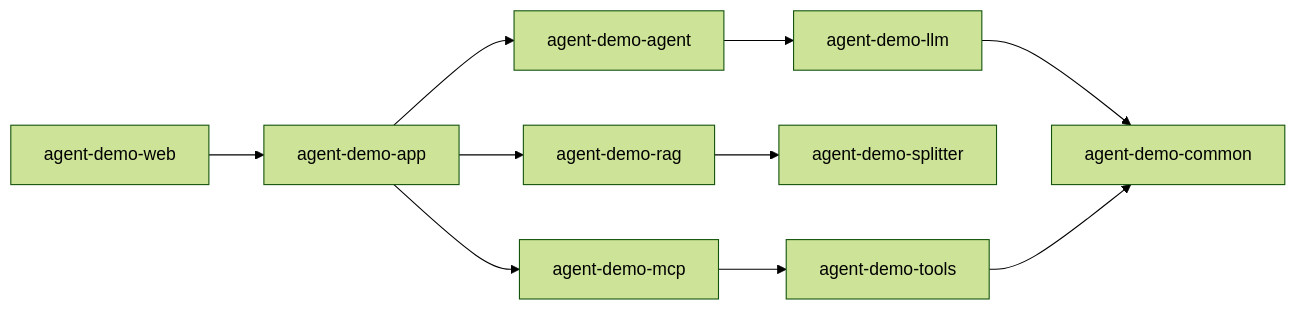
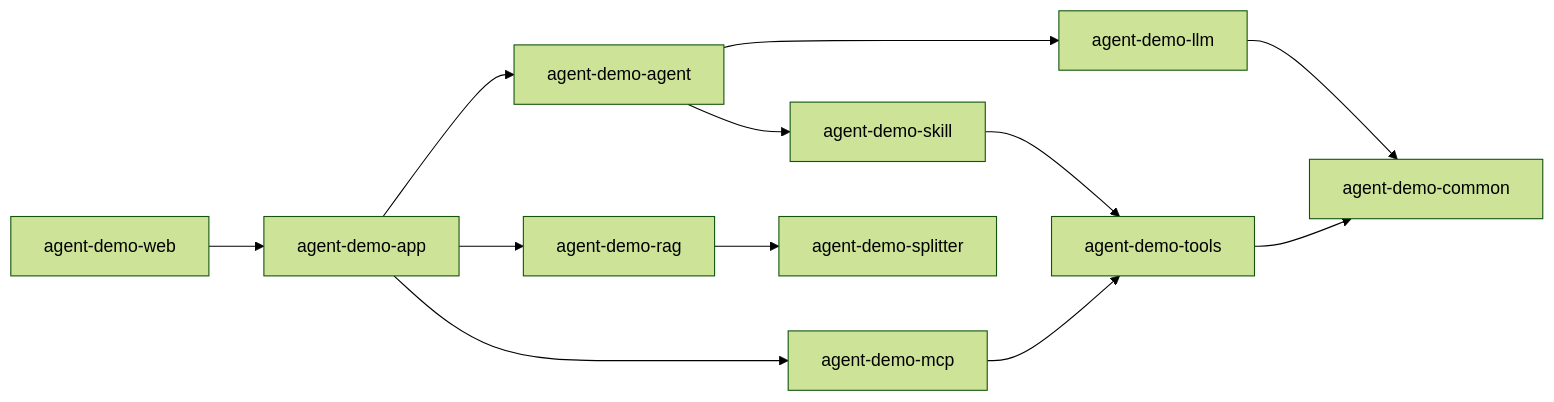
The diagram in specs/modules/README.md (zxchengQQ/agent_demo), drawn with Mermaid (forest theme) before and after one commit. The commit also changed other lines of this file and 151 other files, not shown here.

````diff
--- a/specs/modules/README.md
+++ b/specs/modules/README.md
@@ -20,12 +21,14 @@
 ```mermaid
 graph LR
     WEB["agent-demo-web"] --> APP["agent-demo-app"]
     APP --> AGENT["agent-demo-agent"]
     APP --> RAG["agent-demo-rag"]
     APP --> MCP["agent-demo-mcp"]
     AGENT --> LLM["agent-demo-llm"]
     RAG --> SPLITTER["agent-demo-splitter"]
     MCP --> TOOLS["agent-demo-tools"]
     LLM --> COMMON["agent-demo-common"]
     TOOLS --> COMMON
+    AGENT --> SKILL["agent-demo-skill"]
+    SKILL --> TOOLS
 ```
````
